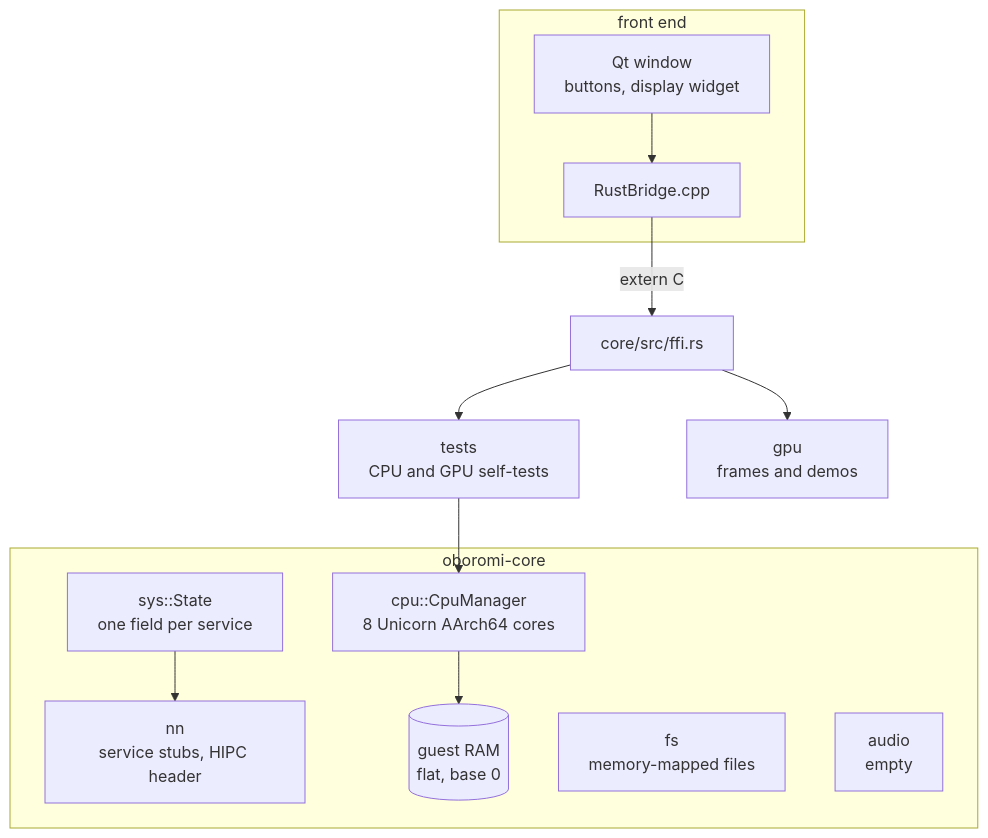
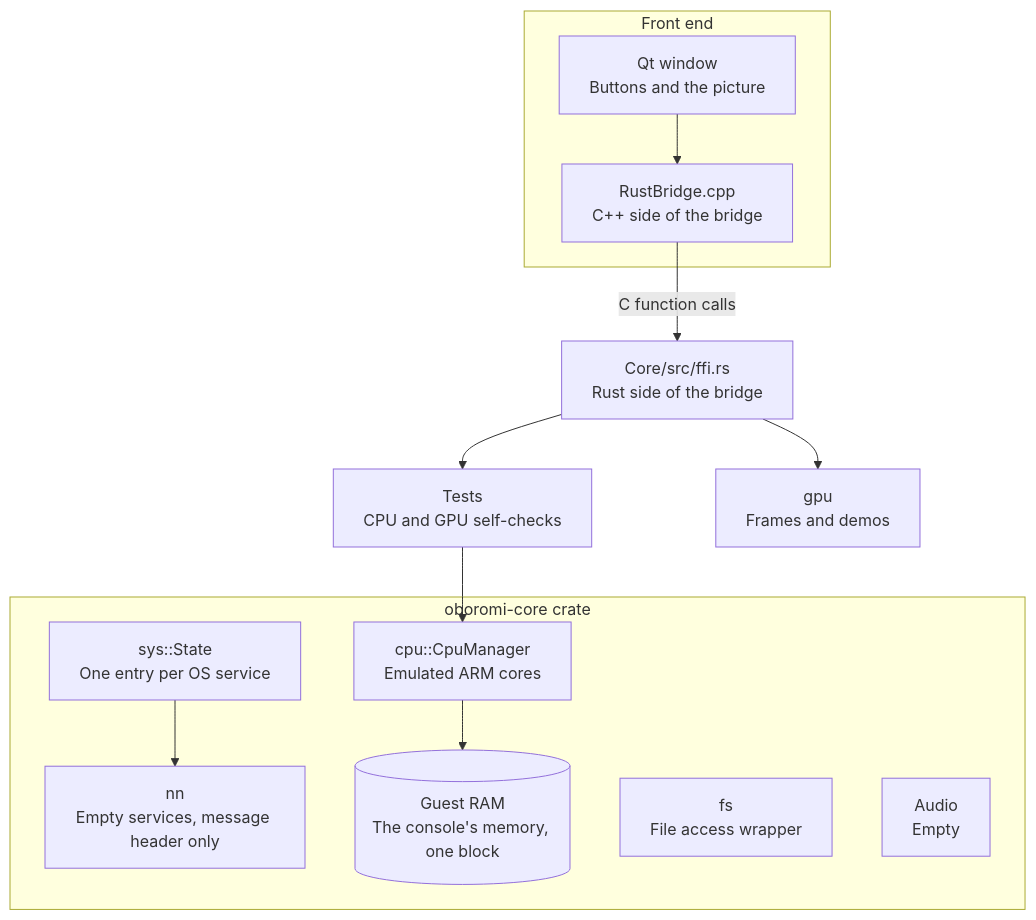
The diagram in docs/architecture/oboromi-overview.md (0xNikilite/oboromi), drawn with Mermaid before and after one commit. The commit also changed other lines of this file and 22 other files, not shown here.

````diff
--- a/docs/architecture/oboromi-overview.md
+++ b/docs/architecture/oboromi-overview.md
@@ -5,20 +5,20 @@
 ```mermaid
 flowchart TB
-    subgraph Front["front end"]
-        QT["Qt window<br/>buttons, display widget"] --> BR["RustBridge.cpp"]
+    subgraph Front["Front end"]
+        QT["Qt window<br/>Buttons and the picture"] --> BR["RustBridge.cpp<br/>C++ side of the bridge"]
     end
-    BR -->|"extern C"| FFI["core/src/ffi.rs"]
-    FFI --> TESTS["tests<br/>CPU and GPU self-tests"]
-    FFI --> GPU["gpu<br/>frames and demos"]
-    subgraph Core["oboromi-core"]
-        SYS["sys::State<br/>one field per service"]
-        NN["nn<br/>service stubs, HIPC header"]
-        CPU["cpu::CpuManager<br/>8 Unicorn AArch64 cores"]
-        RAM[("guest RAM<br/>flat, base 0")]
-        FS["fs<br/>memory-mapped files"]
-        AUD["audio<br/>empty"]
+    BR -->|"C function calls"| FFI["Core/src/ffi.rs<br/>Rust side of the bridge"]
+    FFI --> TESTS["Tests<br/>CPU and GPU self-checks"]
+    FFI --> GPU["gpu<br/>Frames and demos"]
+    subgraph Core["oboromi-core crate"]
+        SYS["sys::State<br/>One entry per OS service"]
+        NN["nn<br/>Empty services, message header only"]
+        CPU["cpu::CpuManager<br/>Emulated ARM cores"]
+        RAM[("Guest RAM<br/>The console's memory, one block")]
+        FS["fs<br/>File access wrapper"]
+        AUD["Audio<br/>Empty"]
     end
     SYS --> NN
     CPU --> RAM
     TESTS --> CPU
 ```
````
